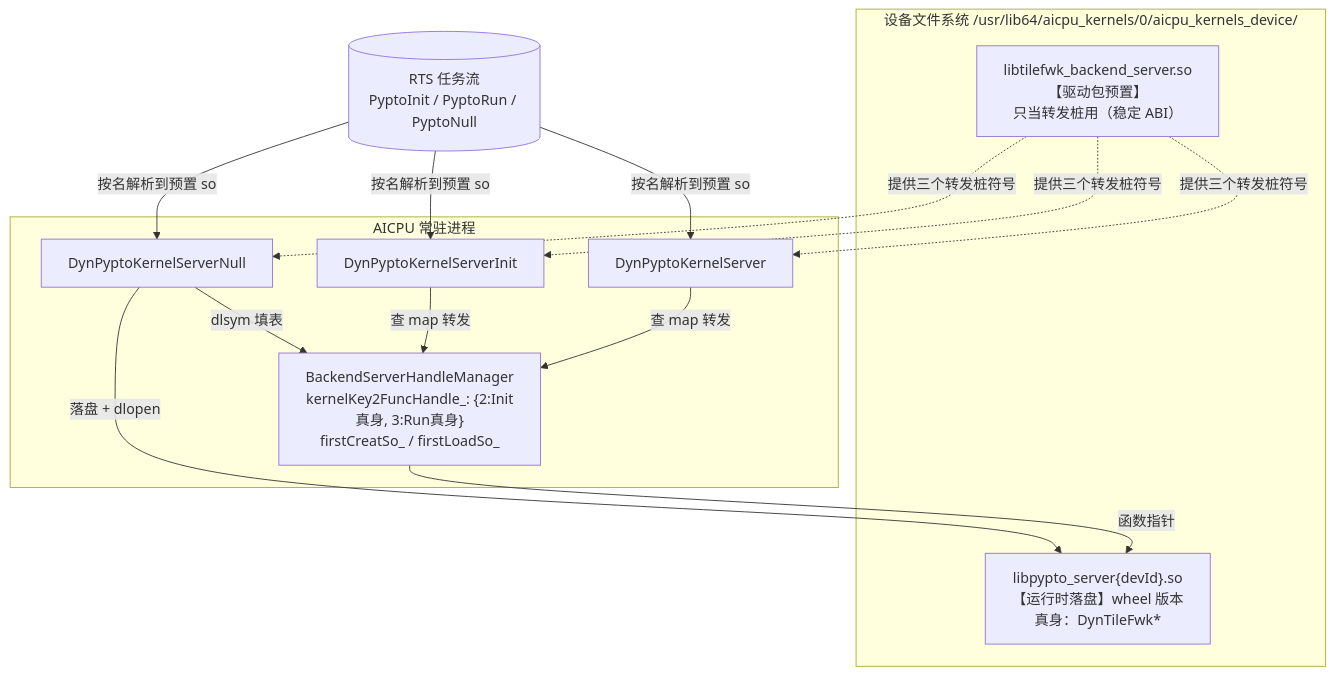
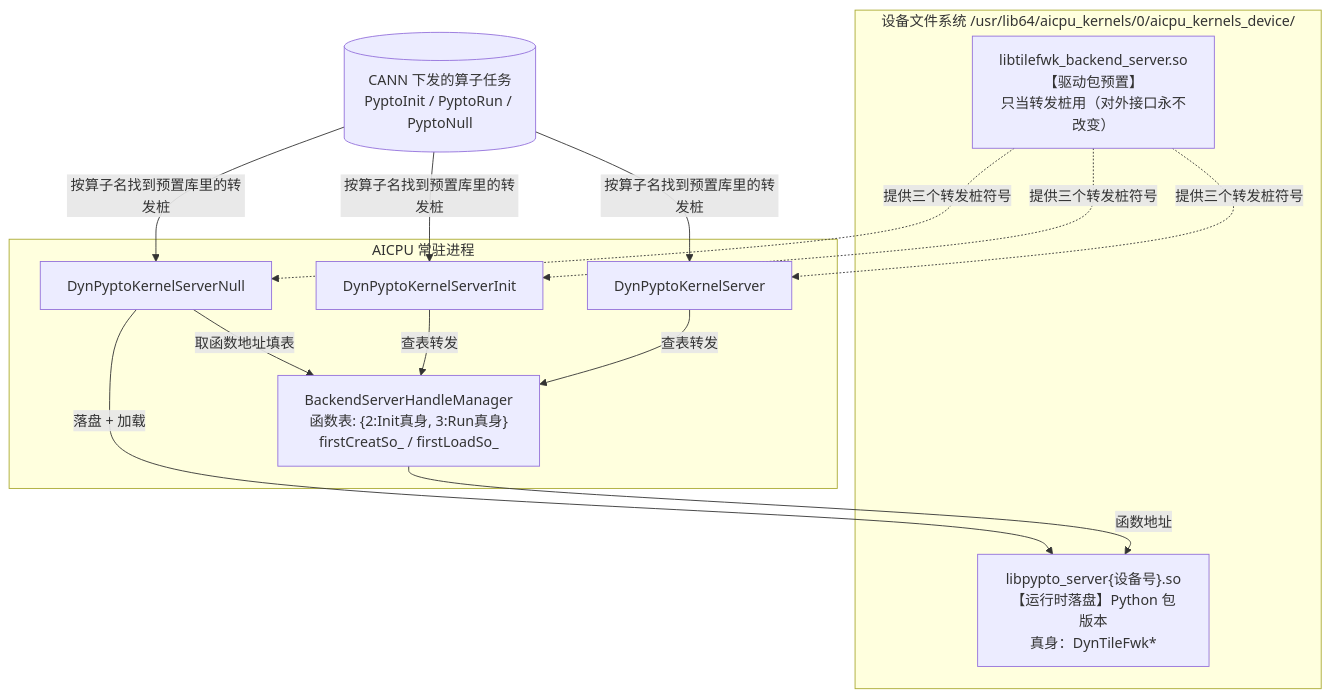
Before and after one commit to 10wvw01/memfabric_hybrid: the second of 2 diagrams in docs/310p/pypto-so部署机制解析.md, drawn with Mermaid. The commit also changed other lines of this file, not shown here.

Commit message:
docs(310p): PyPTO-so部署机制解析全文白话化 — op统一改称算子(表头改为算子名/入口函数/库文件名/算子库类别并括注json字段名),trampoline改称转发桩,GM/H2D/blockDim/stream sync/KFC等术语首次出现处加白话解释,时序图与终态图同步改写;技术事实/源码坐标/置信度标注不变

````diff
--- a/docs/310p/pypto-so部署机制解析.md
+++ b/docs/310p/pypto-so部署机制解析.md
@@ -190,20 +199,20 @@
 ```mermaid
 flowchart TB
     subgraph FS["设备文件系统 /usr/lib64/aicpu_kernels/0/aicpu_kernels_device/"]
-        OLD["libtilefwk_backend_server.so<br/>【驱动包预置】<br/>只当转发桩用（稳定 ABI）"]
-        NEW["libpypto_server{devId}.so<br/>【运行时落盘】wheel 版本<br/>真身：DynTileFwk*"]
+        OLD["libtilefwk_backend_server.so<br/>【驱动包预置】<br/>只当转发桩用（对外接口永不改变）"]
+        NEW["libpypto_server{设备号}.so<br/>【运行时落盘】Python 包版本<br/>真身：DynTileFwk*"]
     end
     subgraph PROC["AICPU 常驻进程"]
-        MAP["BackendServerHandleManager<br/>kernelKey2FuncHandle_: {2:Init真身, 3:Run真身}<br/>firstCreatSo_ / firstLoadSo_"]
+        MAP["BackendServerHandleManager<br/>函数表: {2:Init真身, 3:Run真身}<br/>firstCreatSo_ / firstLoadSo_"]
         TR1["DynPyptoKernelServerInit"]
         TR2["DynPyptoKernelServer"]
         TR3["DynPyptoKernelServerNull"]
     end
-    R2[("RTS 任务流<br/>PyptoInit / PyptoRun / PyptoNull")]
-    R2 -->|"按名解析到预置 so"| TR1 & TR2 & TR3
-    TR3 -->|"落盘 + dlopen"| NEW
-    TR3 -->|"dlsym 填表"| MAP
-    TR1 & TR2 -->|"查 map 转发"| MAP
-    MAP -->|"函数指针"| NEW
+    R2[("CANN 下发的算子任务<br/>PyptoInit / PyptoRun / PyptoNull")]
+    R2 -->|"按算子名找到预置库里的转发桩"| TR1 & TR2 & TR3
+    TR3 -->|"落盘 + 加载"| NEW
+    TR3 -->|"取函数地址填表"| MAP
+    TR1 & TR2 -->|"查表转发"| MAP
+    MAP -->|"函数地址"| NEW
     OLD -.->|"提供三个转发桩符号"| TR1 & TR2 & TR3
 ```
````
